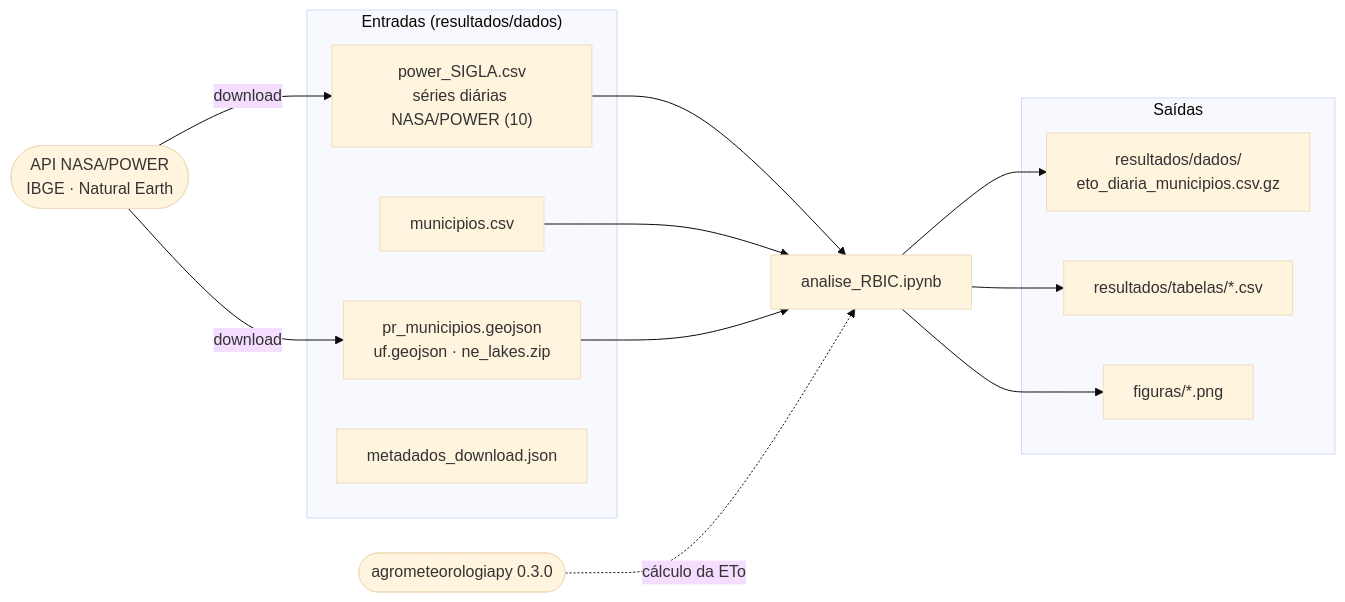
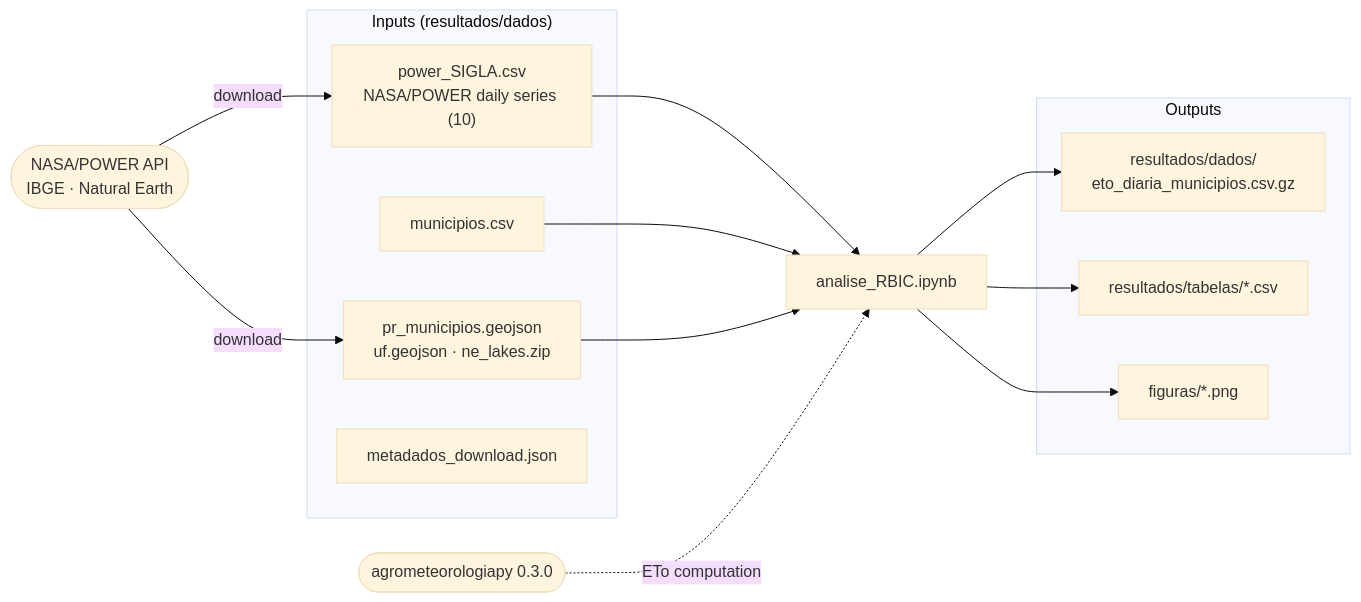
Before and after one commit to fcoliveira-utfpr/ETo_oeste_pr: the diagram in README.md, drawn with Mermaid (base theme). The commit also changed other lines of this file, not shown here.

````diff
--- a/README.md
+++ b/README.md
@@ -54,19 +52,19 @@
 ```mermaid
 graph LR
     NB["analise_RBIC.ipynb"]
-    subgraph ENT["Entradas (resultados/dados)"]
-        POW["power_SIGLA.csv<br/>séries diárias NASA/POWER (10)"]
+    subgraph ENT["Inputs (resultados/dados)"]
+        POW["power_SIGLA.csv<br/>NASA/POWER daily series (10)"]
         MUN["municipios.csv"]
         GEO["pr_municipios.geojson<br/>uf.geojson · ne_lakes.zip"]
         META["metadados_download.json"]
     end
-    subgraph SAI["Saídas"]
+    subgraph SAI["Outputs"]
         ETO["resultados/dados/<br/>eto_diaria_municipios.csv.gz"]
         TAB["resultados/tabelas/*.csv"]
         FIG["figuras/*.png"]
     end
-    API(["API NASA/POWER<br/>IBGE · Natural Earth"]) -->|download| POW & GEO
+    API(["NASA/POWER API<br/>IBGE · Natural Earth"]) -->|download| POW & GEO
     POW & MUN & GEO --> NB
     NB --> ETO & TAB & FIG
-    PKG(["agrometeorologiapy 0.3.0"]) -.->|cálculo da ETo| NB
+    PKG(["agrometeorologiapy 0.3.0"]) -.->|ETo computation| NB
 ```
````
